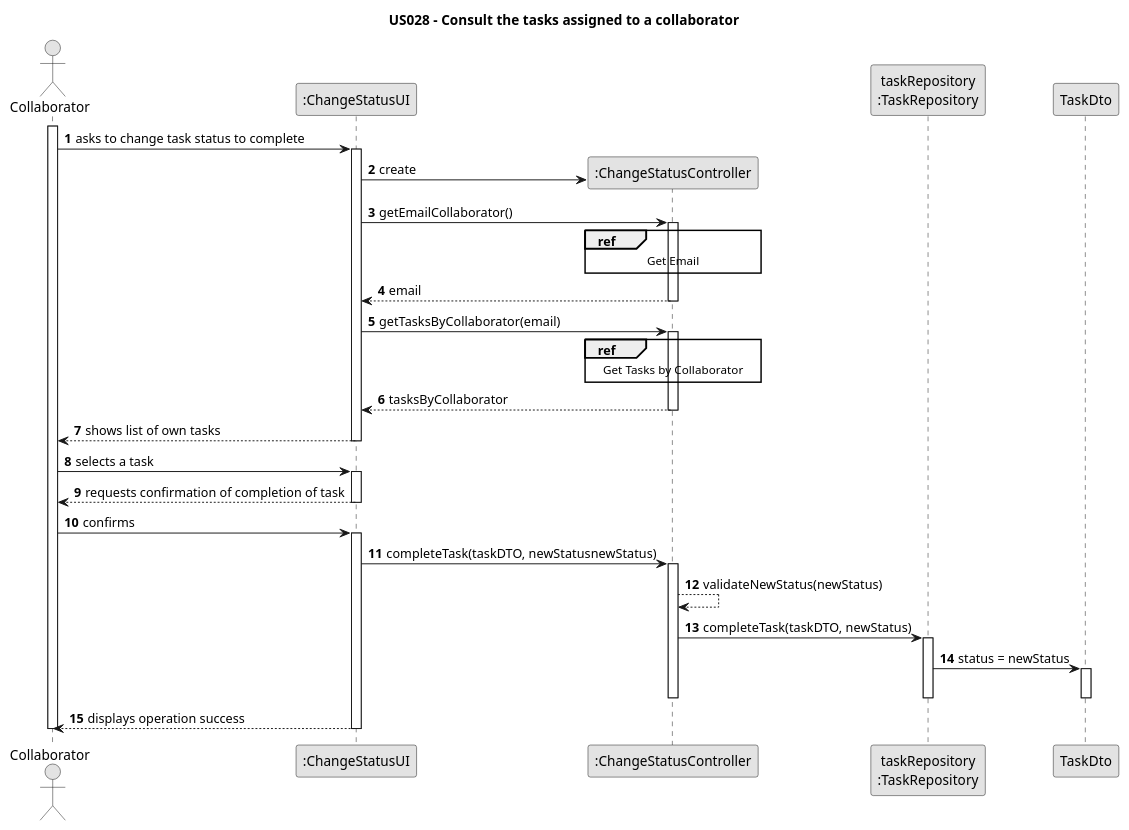
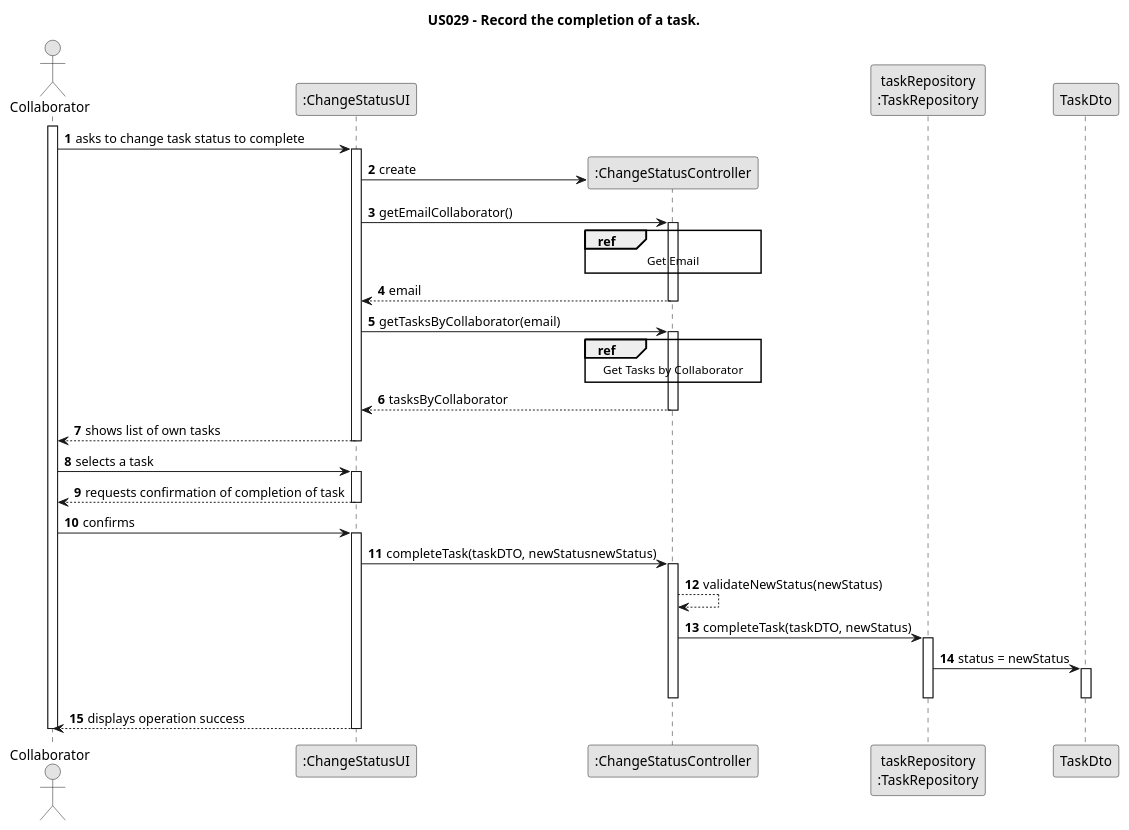
Before and after one commit to Departamento-de-Engenharia-Informatica/lei-24-s2-1dm-g132: the diagram in docs/sprintC/us029/03.design/puml/us029-sequence-diagram-split.puml, drawn with PlantUML. The commit also changed 7 other files, not shown here.

```diff
--- a/docs/sprintC/us029/03.design/puml/us029-sequence-diagram-split.puml
+++ b/docs/sprintC/us029/03.design/puml/us029-sequence-diagram-split.puml
@@ -1,84 +1,84 @@
 @startuml
 skinparam monochrome true
 skinparam packageStyle rectangle
 skinparam shadowing false
 
-title US028 - Consult the tasks assigned to a collaborator
+       title US029 - Record the completion of a task.
 
 autonumber
 
 actor "Collaborator" as Employee
 participant ":ChangeStatusUI" as UI
 participant ":ChangeStatusController" as CTRL
 participant "taskRepository\n:TaskRepository" as TaskRepository
 
 activate Employee
 
     Employee -> UI : asks to change task status to complete
     activate UI
 
     UI -> CTRL** : create
 
 
 
 
 
 
 
 
 
     UI -> CTRL : getEmailCollaborator()
     activate CTRL
 
     ref over CTRL
         Get Email
     end
 
     CTRL --> UI : email
     deactivate CTRL
 
     UI -> CTRL : getTasksByCollaborator(email)
     activate CTRL
 
     ref over CTRL
          Get Tasks by Collaborator
     end
 
     CTRL --> UI : tasksByCollaborator
     deactivate CTRL
 
 
     UI --> Employee : shows list of own tasks
     deactivate UI
 
     Employee -> UI : selects a task
     activate UI
 
     UI --> Employee : requests confirmation of completion of task
     deactivate UI
 
     Employee -> UI : confirms
     activate UI
 
     UI -> CTRL :            completeTask(taskDTO, newStatusnewStatus)
 
     activate CTRL
 
     CTRL --> CTRL : validateNewStatus(newStatus)
     CTRL -> TaskRepository :            completeTask(taskDTO, newStatus)
 
     activate TaskRepository
 
     TaskRepository -> TaskDto : status = newStatus
     activate TaskDto
     deactivate TaskDto
 
     deactivate TaskRepository
     deactivate CTRL
 
 
     UI --> Employee : displays operation success
     deactivate UI
 
 deactivate Employee
 @enduml
```
